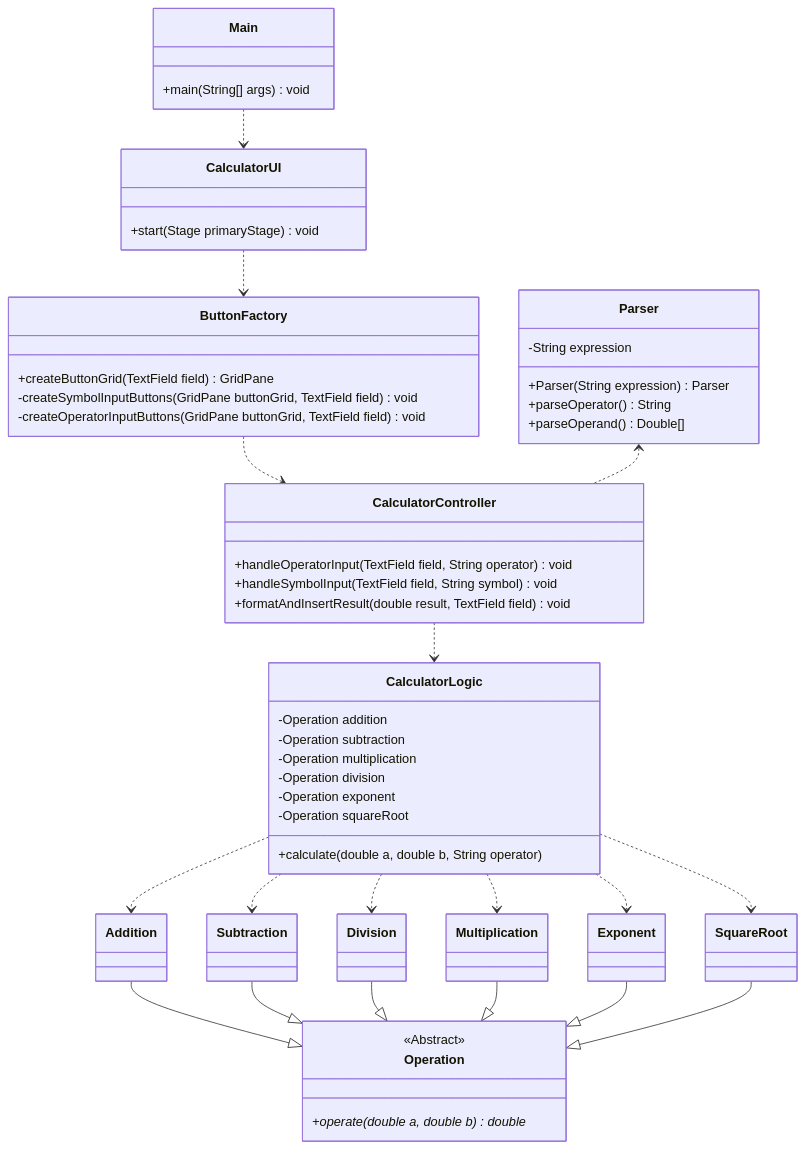
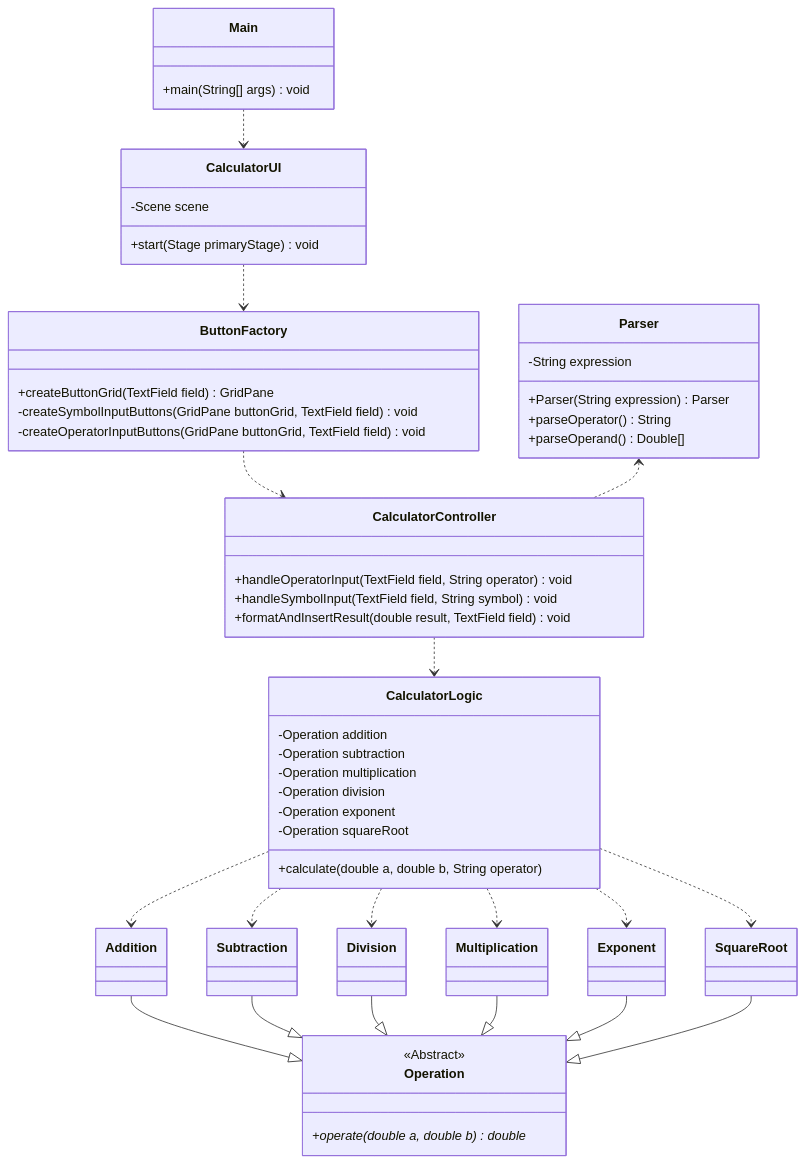
The diagram in README.md (mfk99/java-calculator), drawn with Mermaid before and after one commit.

Commit message:
finalize mermaid class diagram

````diff
--- a/README.md
+++ b/README.md
@@ -13,62 +13,63 @@
 ```mermaid
 classDiagram
     class Main{
         +main(String[] args)void
     }
 
     class CalculatorUI{
+        -Scene scene
         +start(Stage primaryStage)void
     }
 
     class ButtonFactory{
         +createButtonGrid(TextField field)GridPane
         -createSymbolInputButtons(GridPane buttonGrid, TextField field)void
         -createOperatorInputButtons(GridPane buttonGrid, TextField field)void
     }
 
     class CalculatorController{
         +handleOperatorInput(TextField field, String operator)void
         +handleSymbolInput(TextField field, String symbol)void
         +formatAndInsertResult(double result, TextField field)void
     }
 
     class Parser{
         -String expression
         +Parser(String expression)Parser
         +parseOperator()String
         +parseOperand()Double[]
     }
 
     class CalculatorLogic{
         -Operation addition
         -Operation subtraction
         -Operation multiplication
         -Operation division
         -Operation exponent
         -Operation squareRoot
         +calculate(double a, double b, String operator)
     }
 
     class Operation{
         +operate(double a, double b)double*
     }
     <<Abstract>> Operation
 
     Main ..> CalculatorUI
     CalculatorUI ..> ButtonFactory
     ButtonFactory ..> CalculatorController
     CalculatorController ..> CalculatorLogic
     Parser <.. CalculatorController 
     CalculatorLogic ..> Addition
     CalculatorLogic ..> Subtraction
     CalculatorLogic ..> Division
     CalculatorLogic ..> Multiplication
     CalculatorLogic ..> Exponent
     CalculatorLogic ..> SquareRoot
     Addition --|> Operation
     Subtraction --|> Operation
     Division --|> Operation
     Multiplication --|> Operation
     Exponent --|> Operation
     SquareRoot --|> Operation
 ```
````
